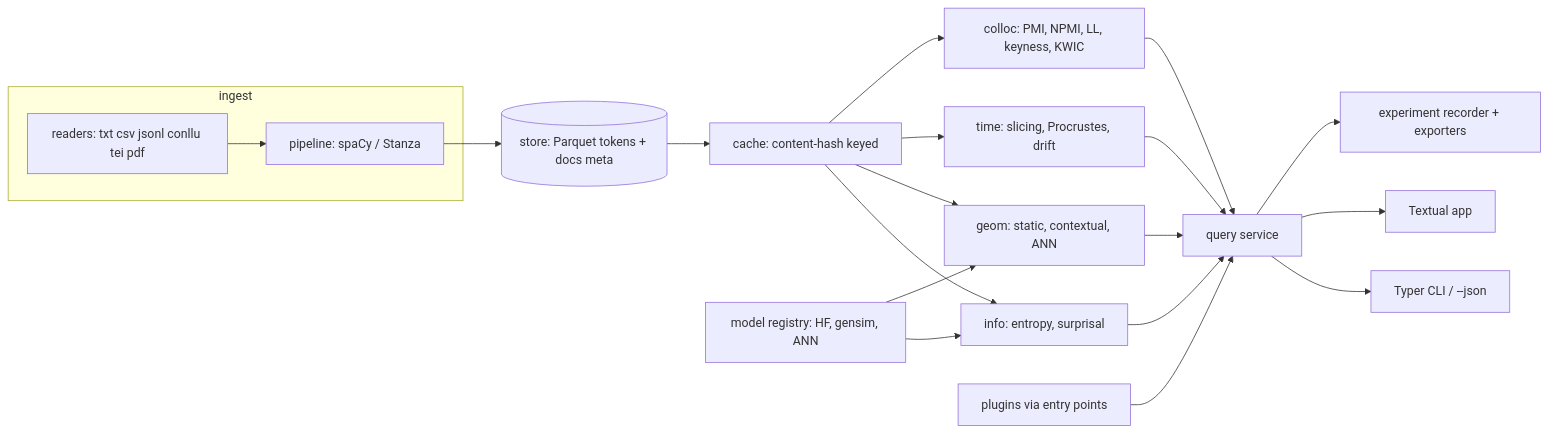
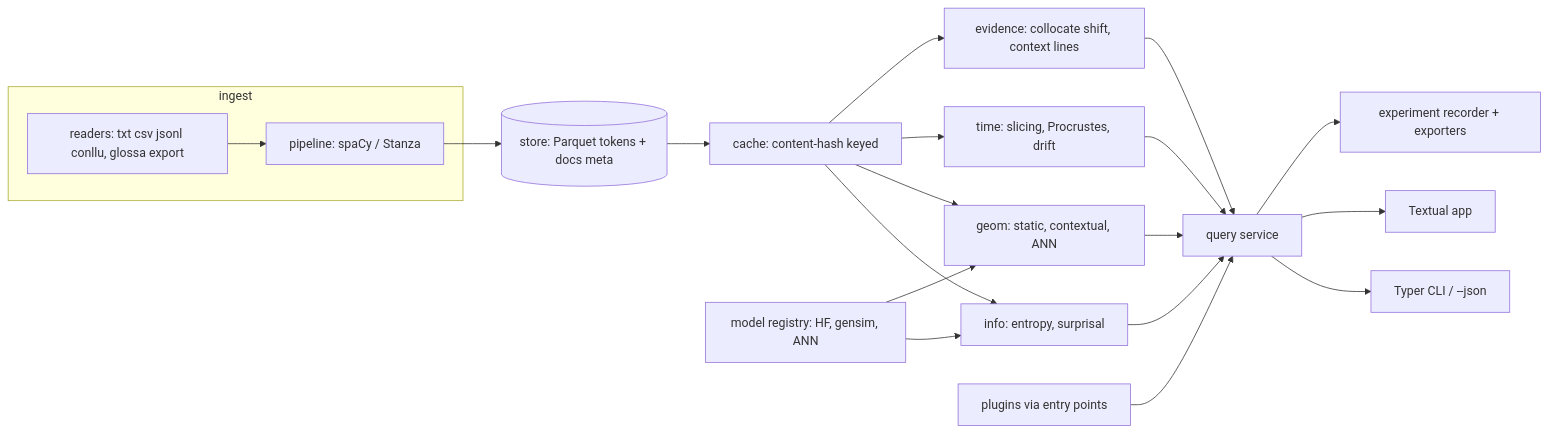
The first of 2 diagrams in SPEC.md (ao3575911/semdrift), drawn with Mermaid before and after one commit. The commit also changed other lines of this file and 4 other files, not shown here.

````diff
--- a/SPEC.md
+++ b/SPEC.md
@@ -133,18 +147,18 @@
 ```mermaid
 flowchart LR
   subgraph IO[ingest]
-    R[readers: txt csv jsonl conllu tei pdf] --> P[pipeline: spaCy / Stanza]
+    R[readers: txt csv jsonl conllu, glossa export] --> P[pipeline: spaCy / Stanza]
   end
   P --> S[(store: Parquet tokens + docs meta)]
   S --> C[cache: content-hash keyed]
   C --> I[info: entropy, surprisal]
   C --> G[geom: static, contextual, ANN]
   C --> T[time: slicing, Procrustes, drift]
-  C --> K[colloc: PMI, NPMI, LL, keyness, KWIC]
+  C --> K[evidence: collocate shift, context lines]
   I & G & T & K --> Q[query service]
   Q --> CLI[Typer CLI / --json]
   Q --> TUI[Textual app]
   Q --> X[experiment recorder + exporters]
   M[model registry: HF, gensim, ANN] --> I & G
   PL[plugins via entry points] --> Q
 ```
````
